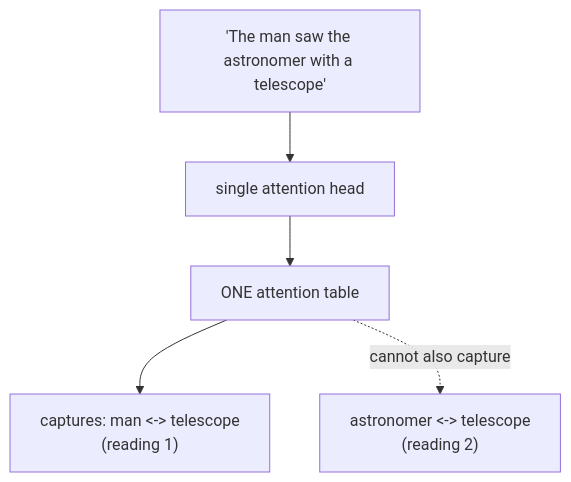
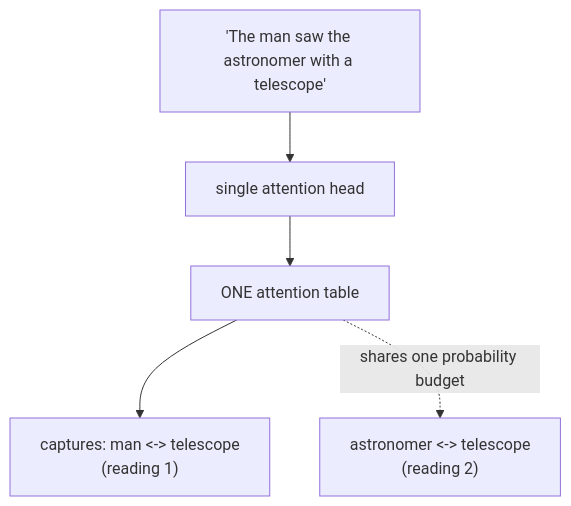
Before and after one commit to alliedbrother/ml-interview-notes: the first of 3 diagrams in content/courses/transformers/04-multi-head-attention.md, drawn with Mermaid. The commit also changed other lines of this file and 217 other files, not shown here.

````diff
--- a/content/courses/transformers/04-multi-head-attention.md
+++ b/content/courses/transformers/04-multi-head-attention.md
@@ -36,7 +36,7 @@
 ```mermaid
 flowchart TD
     S["'The man saw the astronomer with a telescope'"] --> H["single attention head"]
     H --> T1["ONE attention table"]
     T1 --> R1["captures: man &lt;-&gt; telescope<br/>(reading 1)"]
-    T1 -.->|"cannot also capture"| R2["astronomer &lt;-&gt; telescope<br/>(reading 2)"]
+    T1 -.->|"shares one probability budget"| R2["astronomer &lt;-&gt; telescope<br/>(reading 2)"]
 ```
````
